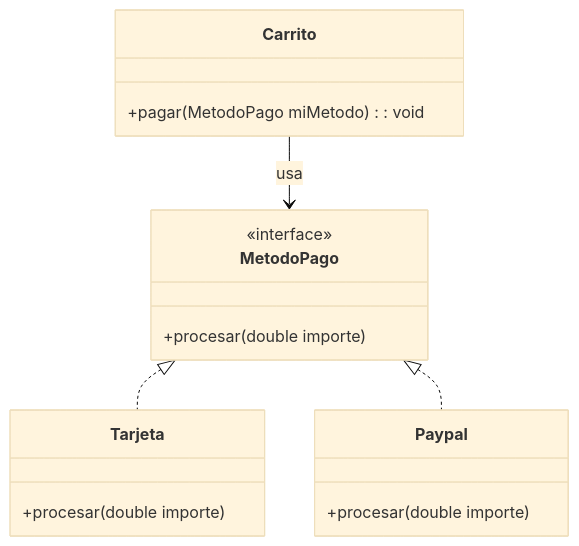
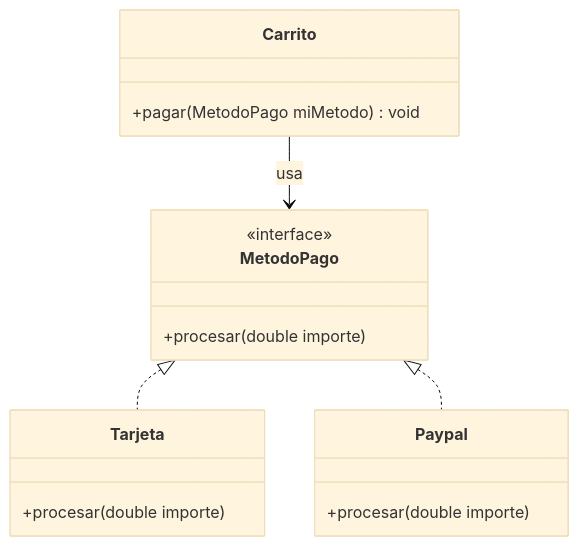
One commit to dariorumi5/6.2.BateriaDeEjercicios changed the fifth of 6 diagrams in README.md. Above: the diagram before and after it, drawn with Mermaid (base theme). The commit also changed other lines of this file, not shown here.

````diff
--- a/README.md
+++ b/README.md
@@ -55,23 +55,23 @@
 ```mermaid
 classDiagram
     class MetodoPago {
         <<interface>>
         +procesar(double importe)
     }
 
     class Tarjeta {
         +procesar(double importe)
     }
 
     class Paypal {
         +procesar(double importe)
     }
 
     class Carrito {
-        +pagar(MetodoPago miMetodo) : void
+        +pagar(MetodoPago miMetodo) void
     }
 
     MetodoPago <|.. Tarjeta
     MetodoPago <|.. Paypal
     Carrito --> MetodoPago : usa
 ```
````
